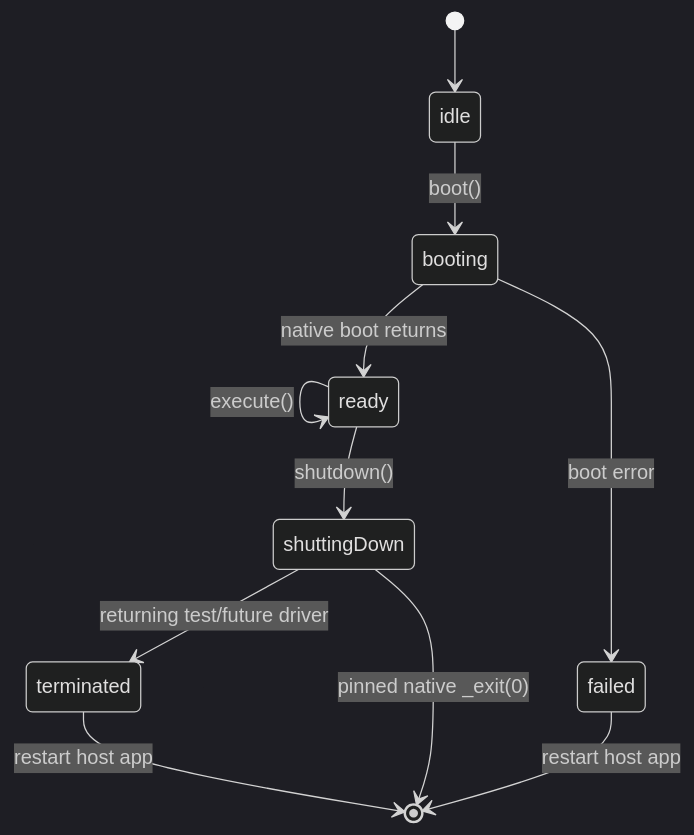
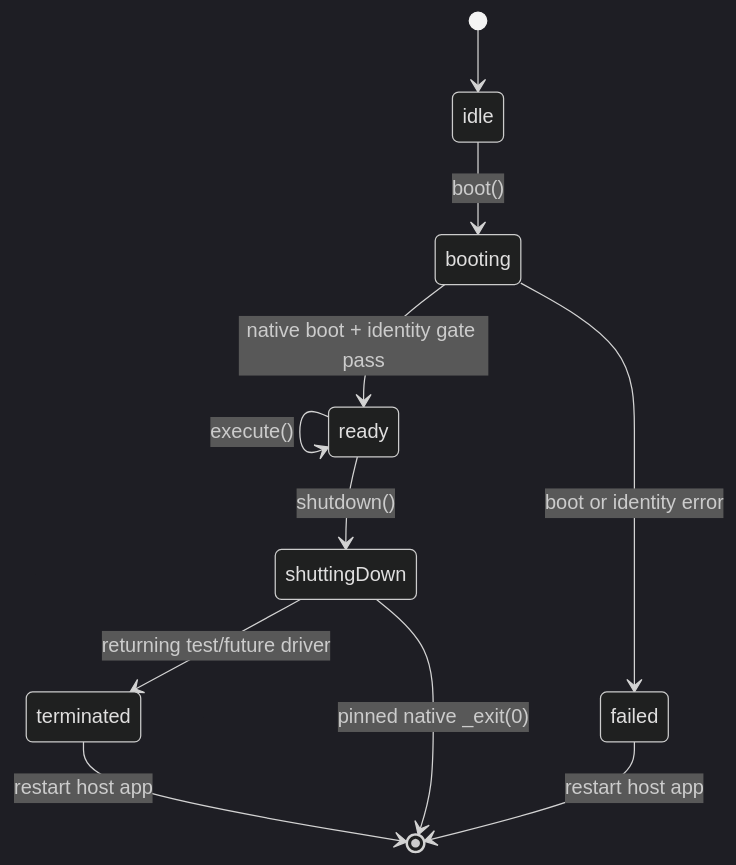
The third of 3 diagrams in Docs/Architecture.md (jacklv-coder/PocketRoot), drawn with Mermaid (dark theme) before and after one commit. The commit also changed other lines of this file and 27 other files, not shown here.

Commit message:
feat: require post-boot guest identity

````diff
--- a/Docs/Architecture.md
+++ b/Docs/Architecture.md
@@ -234,13 +237,13 @@
 ```mermaid
 stateDiagram-v2
     [*] --> idle
     idle --> booting: boot()
-    booting --> ready: native boot returns
-    booting --> failed: boot error
+    booting --> ready: native boot + identity gate pass
+    booting --> failed: boot or identity error
     ready --> ready: execute()
     ready --> shuttingDown: shutdown()
     shuttingDown --> terminated: returning test/future driver
     shuttingDown --> [*]: pinned native _exit(0)
     failed --> [*]: restart host app
     terminated --> [*]: restart host app
 ```
````
